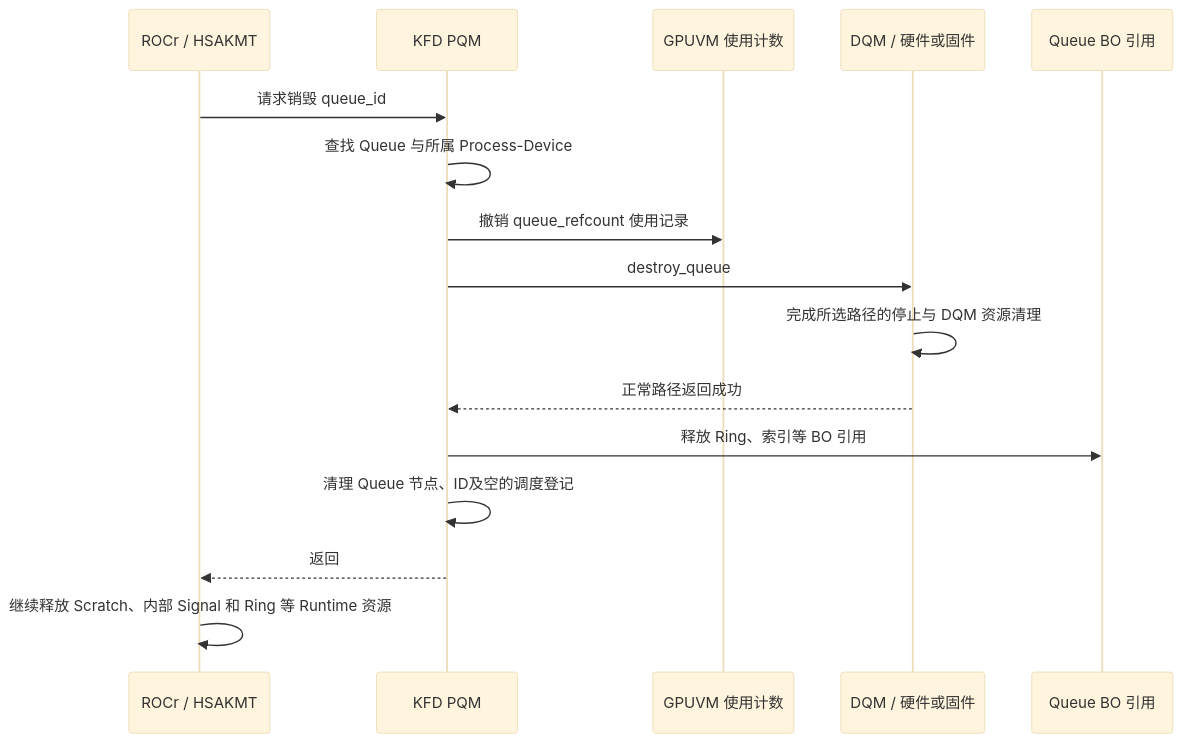
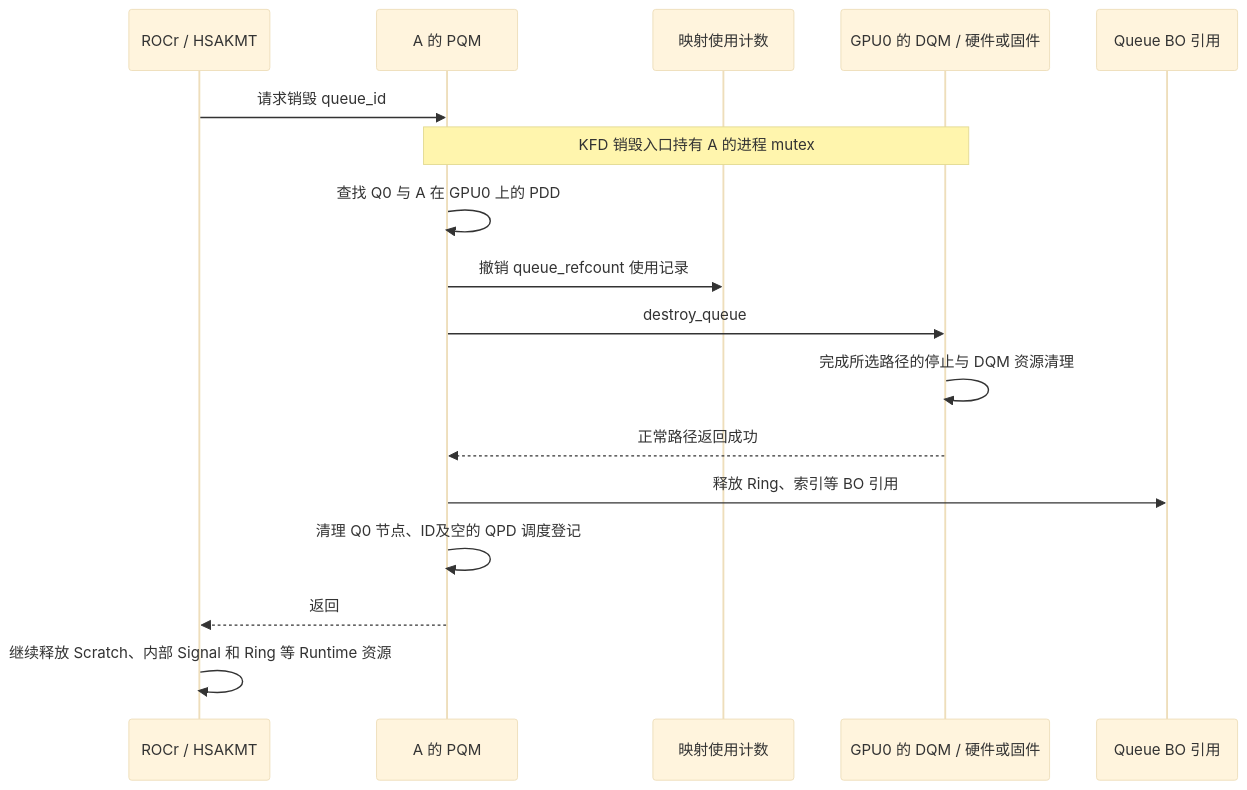
One commit to hxfei-git/gpu-study changed diagram 11 of 14 in 03_AMD GPU 队列与 AQL Dispatch.md. Above: the diagram before and after it, drawn with Mermaid (base theme). The commit also changed other lines of this file and 5 other files, not shown here.

````diff
--- a/03_AMD GPU 队列与 AQL Dispatch.md
+++ b/03_AMD GPU 队列与 AQL Dispatch.md
@@ -3461,18 +4647,19 @@
 ```mermaid
 sequenceDiagram
     participant R as ROCr / HSAKMT
-    participant Q as KFD PQM
-    participant V as GPUVM 使用计数
-    participant D as DQM / 硬件或固件
+    participant Q as A 的 PQM
+    participant V as 映射使用计数
+    participant D as GPU0 的 DQM / 硬件或固件
     participant B as Queue BO 引用
     R->>Q: 请求销毁 queue_id
-    Q->>Q: 查找 Queue 与所属 Process-Device
+    Note over Q,D: KFD 销毁入口持有 A 的进程 mutex
+    Q->>Q: 查找 Q0 与 A 在 GPU0 上的 PDD
     Q->>V: 撤销 queue_refcount 使用记录
     Q->>D: destroy_queue
     D->>D: 完成所选路径的停止与 DQM 资源清理
     D-->>Q: 正常路径返回成功
     Q->>B: 释放 Ring、索引等 BO 引用
-    Q->>Q: 清理 Queue 节点、ID及空的调度登记
+    Q->>Q: 清理 Q0 节点、ID及空的 QPD 调度登记
     Q-->>R: 返回
     R->>R: 继续释放 Scratch、内部 Signal 和 Ring 等 Runtime 资源
 ```
````
